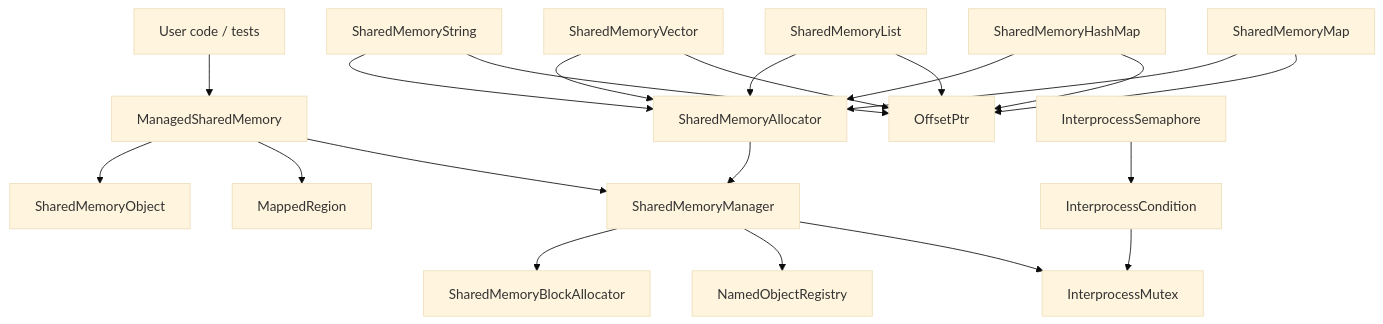
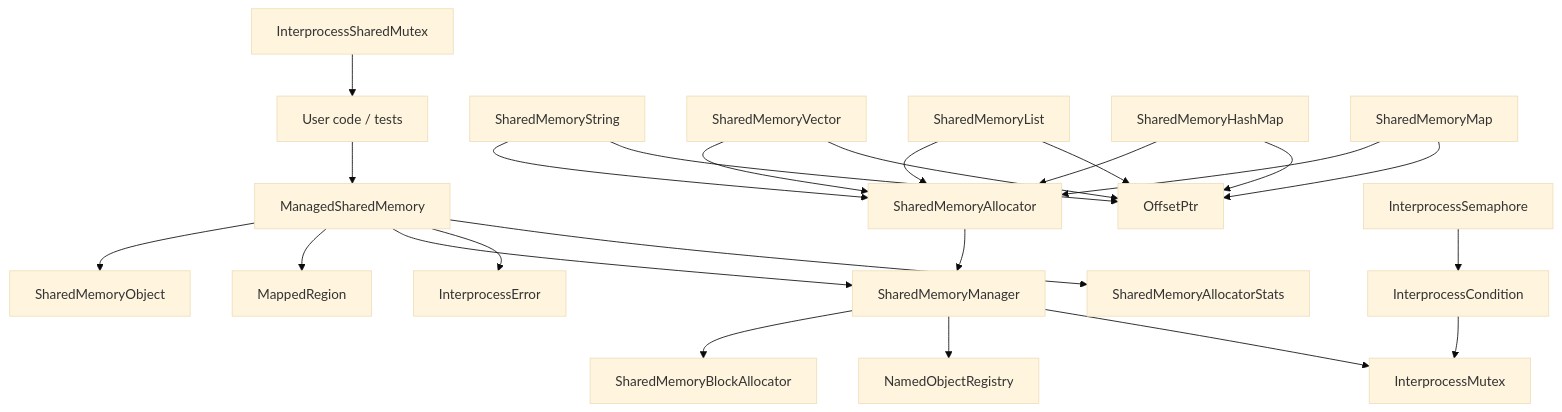
Before and after one commit to silencewings1/shm_next: the first of 12 diagrams in docs/design_for_beginners.md, drawn with Mermaid (base theme). The commit also changed other lines of this file and 22 other files, not shown here.

````diff
--- a/docs/design_for_beginners.md
+++ b/docs/design_for_beginners.md
@@ -45,27 +46,30 @@
 ```mermaid
 flowchart TD
     App["User code / tests"] --> Managed["ManagedSharedMemory"]
     Managed --> ShmObj["SharedMemoryObject"]
     Managed --> Region["MappedRegion"]
     Managed --> Manager["SharedMemoryManager"]
+    Managed --> Error["InterprocessError"]
+    Managed --> Diagnostics["SharedMemoryAllocatorStats"]
 
     Manager --> BlockAlloc["SharedMemoryBlockAllocator"]
     Manager --> Registry["NamedObjectRegistry"]
     Manager --> ManagerMutex["InterprocessMutex"]
 
     Allocator["SharedMemoryAllocator<T>"] --> Manager
     String["SharedMemoryString"] --> Allocator
     Vector["SharedMemoryVector<T>"] --> Allocator
     List["SharedMemoryList<T>"] --> Allocator
     HashMap["SharedMemoryHashMap<K,V>"] --> Allocator
     Map["SharedMemoryMap<K,V>"] --> Allocator
 
     String --> OffsetPtr["OffsetPtr<T>"]
     Vector --> OffsetPtr
     List --> OffsetPtr
     Map --> OffsetPtr
     HashMap --> OffsetPtr
 
     Condition["InterprocessCondition"] --> ManagerMutex
     Semaphore["InterprocessSemaphore"] --> Condition
+    SharedMutex["InterprocessSharedMutex"] --> App
 ```
````
